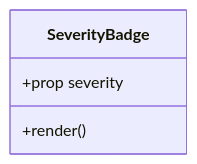
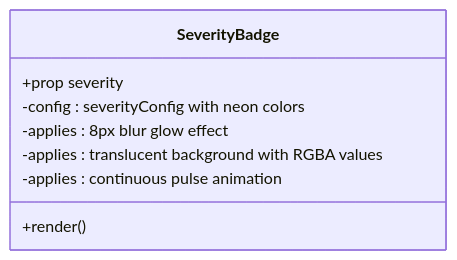
Before and after one commit to RunTimeAdmin/InfraWatch: the eighth of 19 diagrams in .qoder/repowiki/en/content/Frontend Architecture/Component Architecture.md, drawn with Mermaid. The commit also changed other lines of this file and 12 other files, not shown here.

````diff
--- a/.qoder/repowiki/en/content/Frontend Architecture/Component Architecture.md
+++ b/.qoder/repowiki/en/content/Frontend Architecture/Component Architecture.md
@@ -361,7 +366,11 @@
 ```mermaid
 classDiagram
 class SeverityBadge {
 +prop severity
 +render()
+-config : severityConfig with neon colors
+-applies : 8px blur glow effect
+-applies : translucent background with RGBA values
+-applies : continuous pulse animation
 }
 ```
````
